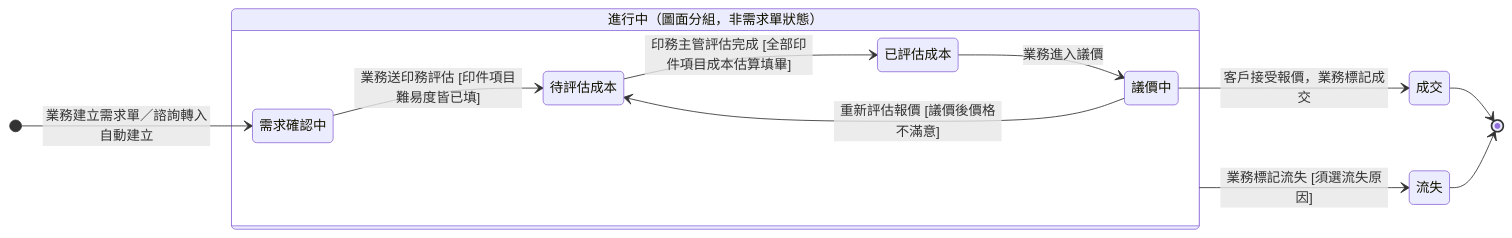
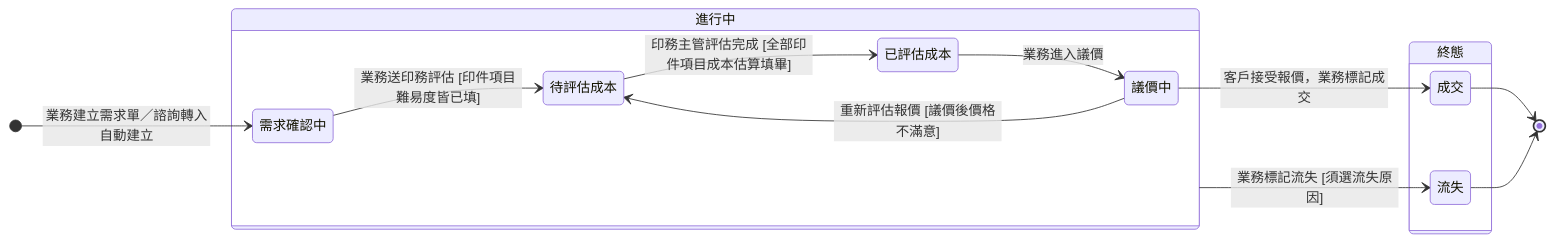
The diagram in memory/Sens_wiki/wiki/erp/06-state-machines/需求單狀態.md (Kawato-Miles/erp-spec), drawn with Mermaid before and after one commit. The commit also changed other lines of this file and 80 other files, not shown here.

````diff
--- a/memory/Sens_wiki/wiki/erp/06-state-machines/需求單狀態.md
+++ b/memory/Sens_wiki/wiki/erp/06-state-machines/需求單狀態.md
@@ -38,27 +40,29 @@
 ```mermaid
 stateDiagram-v2
     direction LR
 
     [*] --> s_confirm : 業務建立需求單／諮詢轉入自動建立
 
-    state "進行中（圖面分組，非需求單狀態）" as InProgress {
+    state "進行中" as InProgress {
         direction LR
         state "需求確認中" as s_confirm
         state "待評估成本" as s_wait
         state "已評估成本" as s_est
         state "議價中" as s_nego
         s_confirm --> s_wait : 業務送印務評估 [印件項目難易度皆已填]
         s_wait --> s_est : 印務主管評估完成 [全部印件項目成本估算填畢]
         s_est --> s_nego : 業務進入議價
         s_nego --> s_wait : 重新評估報價 [議價後價格不滿意]
     }
 
-    state "成交" as s_won
-    state "流失" as s_lost
+    state "終態" as Final {
+        state "成交" as s_won
+        state "流失" as s_lost
+    }
 
     s_nego --> s_won : 客戶接受報價，業務標記成交
     InProgress --> s_lost : 業務標記流失 [須選流失原因]
 
     s_won --> [*]
     s_lost --> [*]
 ```
````
